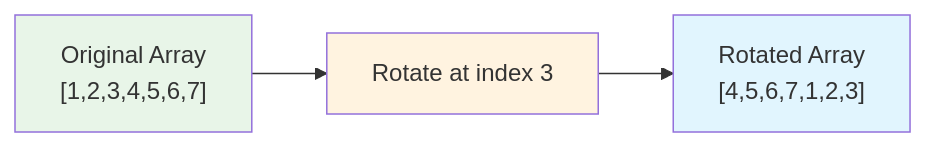
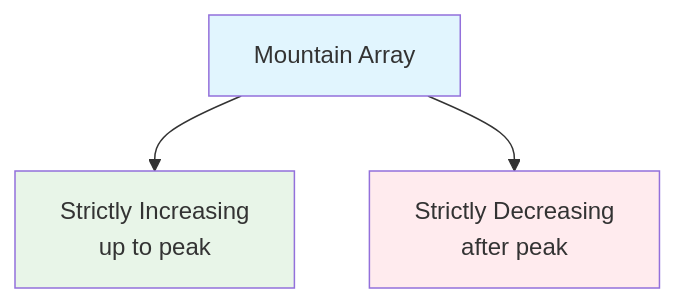
The first of 13 diagrams in README.md (LuckyLongre123/README_RUNNER), drawn with Mermaid before and after one commit. The commit also changed other lines of this file, not shown here.

````diff
--- a/README.md
+++ b/README.md
@@ -41,9 +45,9 @@
 ```mermaid
-flowchart LR
-    A["Original Array<br/>[1,2,3,4,5,6,7]"] --> B["Rotate at index 3"]
-    B --> C["Rotated Array<br/>[4,5,6,7,1,2,3]"]
+flowchart TD
+    A["Mountain Array"] --> B["Strictly Increasing<br/>up to peak"]
+    A --> C["Strictly Decreasing<br/>after peak"]
     
-    style A fill:#e8f5e8
-    style B fill:#fff3e0
-    style C fill:#e1f5fe
+    style A fill:#e1f5fe
+    style B fill:#e8f5e8
+    style C fill:#ffebee
 ```
````
